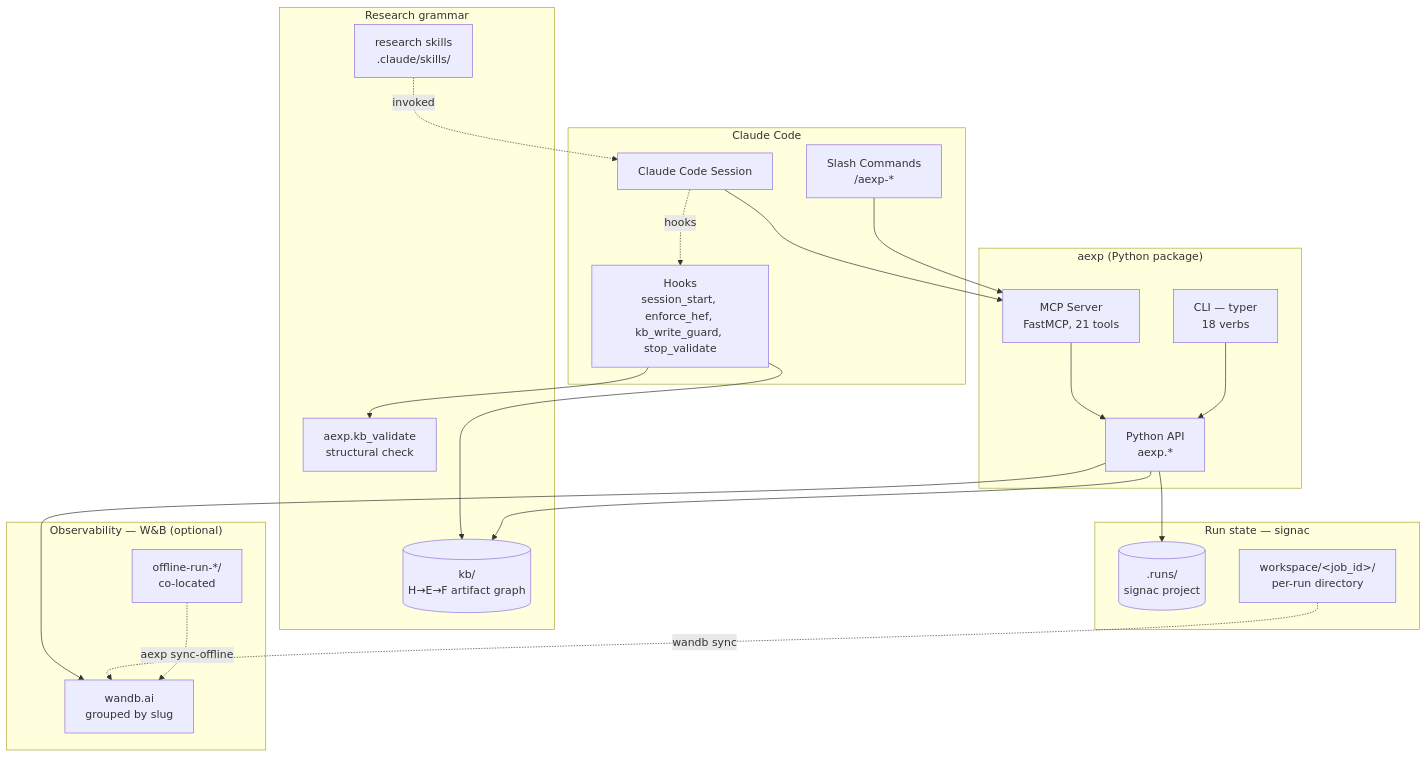
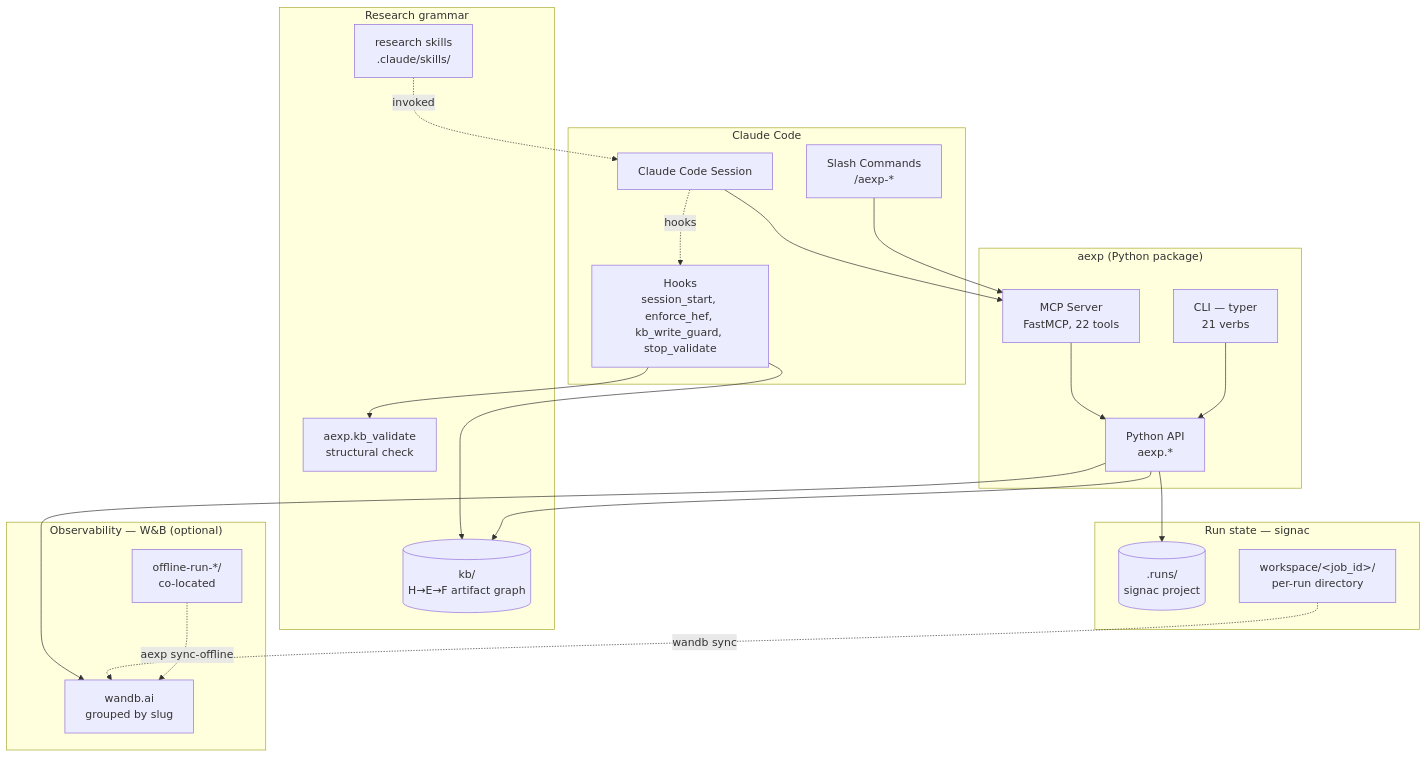
Before and after one commit to KadenMc/agentic-experiments: the diagram in README.md, drawn with Mermaid. The commit also changed other lines of this file and 1 other file, not shown here.

First line of the commit message:
docs: refresh CLI/MCP/slash counts and document Jupyter integration

````diff
--- a/README.md
+++ b/README.md
@@ -134,44 +135,44 @@
 ```mermaid
 graph TB
     subgraph "Claude Code"
         CC[Claude Code Session]
         SC[Slash Commands<br/>/aexp-*]
         HOOKS[Hooks<br/>session_start, enforce_hef, kb_write_guard, stop_validate]
     end
 
     subgraph "aexp (Python package)"
-        MCP[MCP Server<br/>FastMCP, 21 tools]
-        CLI[CLI — typer<br/>18 verbs]
+        MCP[MCP Server<br/>FastMCP, 22 tools]
+        CLI[CLI — typer<br/>21 verbs]
         API[Python API<br/>aexp.*]
     end
 
     subgraph "Research grammar"
         KB[(kb/<br/>H→E→F artifact graph)]
         SKILLS[research skills<br/>.claude/skills/]
         VALID[aexp.kb_validate<br/>structural check]
     end
 
     subgraph "Run state — signac"
         SIGNAC[(.runs/<br/>signac project)]
         JOBS[workspace/&lt;job_id&gt;/<br/>per-run directory]
     end
 
     subgraph "Observability — W&B (optional)"
         WB[wandb.ai<br/>grouped by slug]
         OFFLINE[offline-run-*/<br/>co-located]
     end
 
     CC --> MCP
     SC --> MCP
     CC -.hooks.-> HOOKS
     HOOKS --> KB
     HOOKS --> VALID
     MCP --> API
     CLI --> API
     API --> KB
     API --> SIGNAC
     API --> WB
     JOBS -.wandb sync.-> WB
     OFFLINE -.aexp sync-offline.-> WB
     SKILLS -.invoked.-> CC
 ```
````
